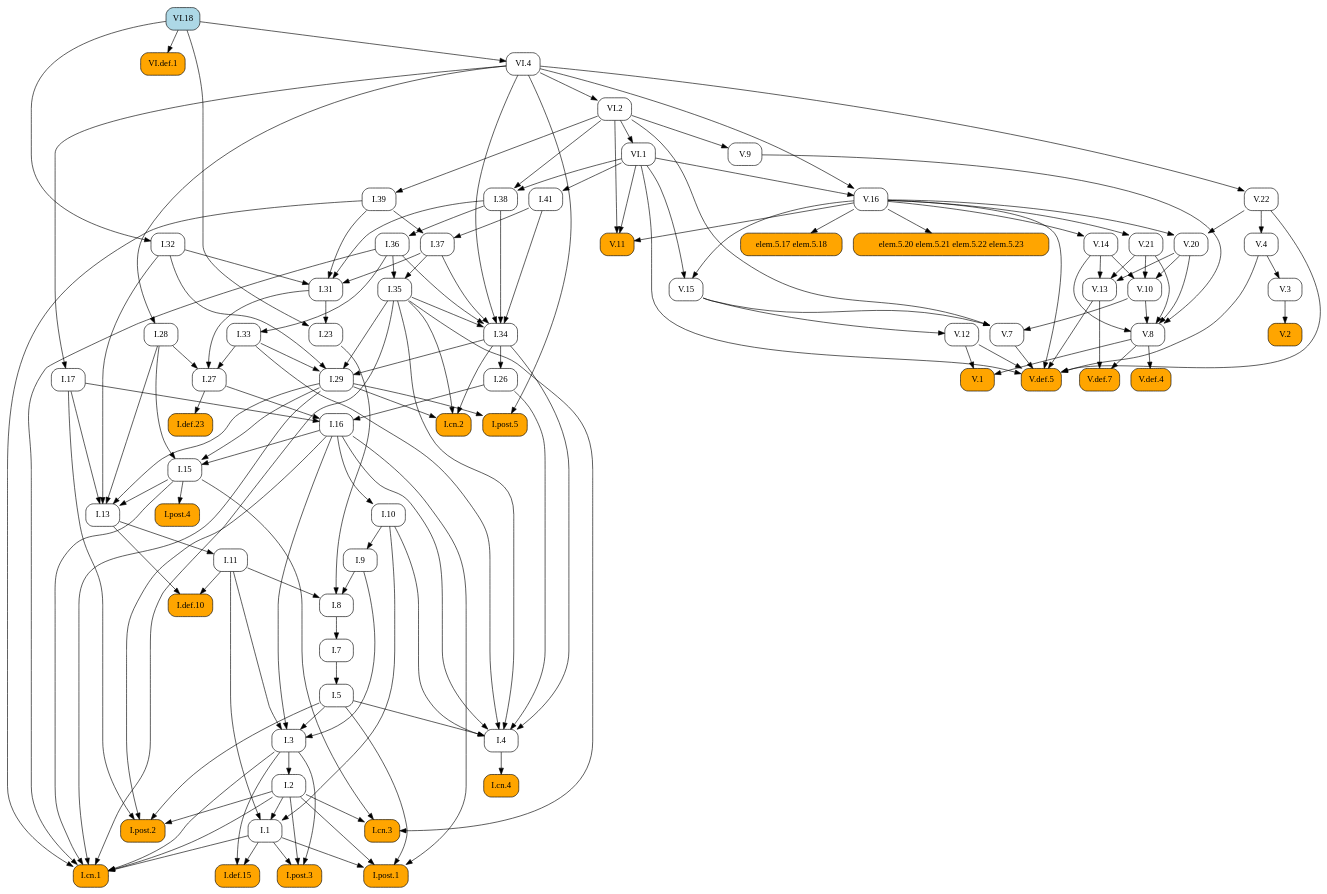
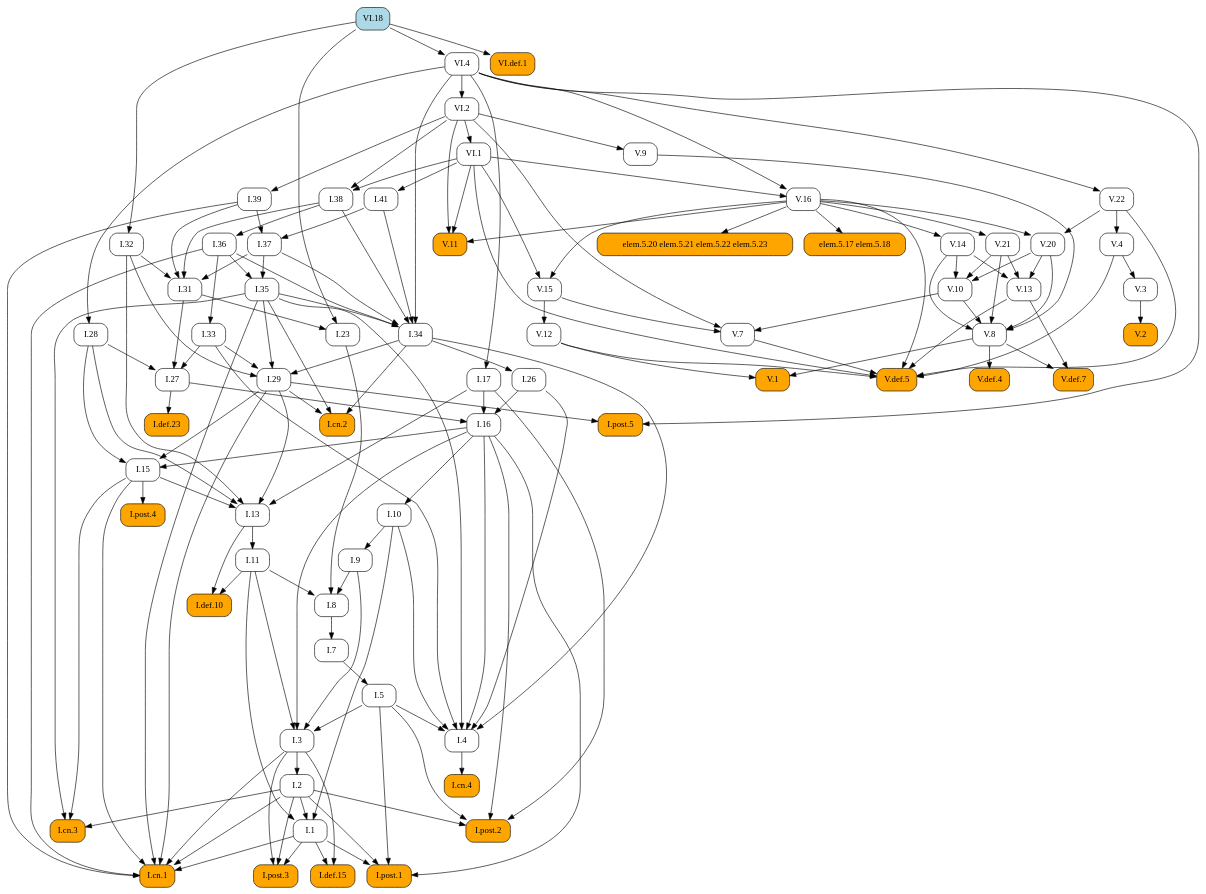
Before and after one commit to geometor/elements: the diagram in docsrc/heath/VI/18/index.rst, drawn with Graphviz. The commit also changed other lines of this file and 484 other files, not shown here.

```diff
--- a/docsrc/heath/VI/18/index.rst
+++ b/docsrc/heath/VI/18/index.rst
@@ -86,82 +86,170 @@
    digraph {
      rankdir="TB";
      node [shape=box, style=rounded];
+     "I.23" [URL="/heath/I/23/", target="_top"];
+     "I.9" [URL="/heath/I/9/", target="_top"];
+     "VI.def.1" [style="rounded,filled", fillcolor=orange, URL="/heath/VI/def.1/", target="_top"];
+     "V.13" [URL="/heath/V/13/", target="_top"];
+     "I.def.15" [style="rounded,filled", fillcolor=orange, URL="/heath/I/def.15/", target="_top"];
+     "V.7" [URL="/heath/V/7/", target="_top"];
+     "elem.5.17 elem.5.18" [style="rounded,filled", fillcolor=orange];
+     "I.post.1" [style="rounded,filled", fillcolor=orange, URL="/heath/I/post.1/", target="_top"];
+     "V.14" [URL="/heath/V/14/", target="_top"];
+     "V.9" [URL="/heath/V/9/", target="_top"];
+     "I.31" [URL="/heath/I/31/", target="_top"];
      "I.def.10" [style="rounded,filled", fillcolor=orange, URL="/heath/I/def.10/", target="_top"];
+     "V.10" [URL="/heath/V/10/", target="_top"];
+     "V.4" [URL="/heath/V/4/", target="_top"];
+     "VI.1" [URL="/heath/VI/1/", target="_top"];
+     "I.39" [URL="/heath/I/39/", target="_top"];
+     "V.11" [style="rounded,filled", fillcolor=orange, URL="/heath/V/11/", target="_top"];
+     "I.34" [URL="/heath/I/34/", target="_top"];
+     "I.3" [URL="/heath/I/3/", target="_top"];
+     "V.def.4" [style="rounded,filled", fillcolor=orange, URL="/heath/V/def.4/", target="_top"];
+     "V.def.7" [style="rounded,filled", fillcolor=orange, URL="/heath/V/def.7/", target="_top"];
+     "V.21" [URL="/heath/V/21/", target="_top"];
+     "I.2" [URL="/heath/I/2/", target="_top"];
+     "V.3" [URL="/heath/V/3/", target="_top"];
+     "I.13" [URL="/heath/I/13/", target="_top"];
+     "I.post.4" [style="rounded,filled", fillcolor=orange, URL="/heath/I/post.4/", target="_top"];
+     "I.4" [URL="/heath/I/4/", target="_top"];
+     "I.1" [URL="/heath/I/1/", target="_top"];
+     "I.17" [URL="/heath/I/17/", target="_top"];
+     "I.8" [URL="/heath/I/8/", target="_top"];
+     "I.29" [URL="/heath/I/29/", target="_top"];
+     "I.38" [URL="/heath/I/38/", target="_top"];
+     "V.8" [URL="/heath/V/8/", target="_top"];
+     "I.15" [URL="/heath/I/15/", target="_top"];
+     "I.10" [URL="/heath/I/10/", target="_top"];
      "I.11" [URL="/heath/I/11/", target="_top"];
-     "I.post.4" [style="rounded,filled", fillcolor=orange, URL="/heath/I/post.4/", target="_top"];
-     "I.28" [URL="/heath/I/28/", target="_top"];
-     "I.1" [URL="/heath/I/1/", target="_top"];
-     "VI.18" [style="rounded,filled", fillcolor=lightblue, URL="/heath/VI/18/", target="_top"];
+     "I.def.23" [style="rounded,filled", fillcolor=orange, URL="/heath/I/def.23/", target="_top"];
+     "VI.4" [URL="/heath/VI/4/", target="_top"];
+     "I.26" [URL="/heath/I/26/", target="_top"];
+     "V.16" [URL="/heath/V/16/", target="_top"];
+     "I.33" [URL="/heath/I/33/", target="_top"];
+     "I.32" [URL="/heath/I/32/", target="_top"];
+     "I.post.3" [style="rounded,filled", fillcolor=orange, URL="/heath/I/post.3/", target="_top"];
      "V.def.5" [style="rounded,filled", fillcolor=orange, URL="/heath/V/def.5/", target="_top"];
-     "V.13" [URL="/heath/V/13/", target="_top"];
-     "V.11" [style="rounded,filled", fillcolor=orange, URL="/heath/V/11/", target="_top"];
-     "I.post.3" [style="rounded,filled", fillcolor=orange, URL="/heath/I/post.3/", target="_top"];
-     "VI.1" [URL="/heath/VI/1/", target="_top"];
-     "I.cn.3" [style="rounded,filled", fillcolor=orange, URL="/heath/I/cn.3/", target="_top"];
-     "V.16" [URL="/heath/V/16/", target="_top"];
-     "VI.4" [URL="/heath/VI/4/", target="_top"];
-     "V.3" [URL="/heath/V/3/", target="_top"];
-     "V.8" [URL="/heath/V/8/", target="_top"];
      "I.27" [URL="/heath/I/27/", target="_top"];
-     "I.36" [URL="/heath/I/36/", target="_top"];
-     "I.41" [URL="/heath/I/41/", target="_top"];
-     "I.37" [URL="/heath/I/37/", target="_top"];
-     "I.34" [URL="/heath/I/34/", target="_top"];
-     "I.2" [URL="/heath/I/2/", target="_top"];
-     "I.def.23" [style="rounded,filled", fillcolor=orange, URL="/heath/I/def.23/", target="_top"];
-     "I.17" [URL="/heath/I/17/", target="_top"];
-     "I.33" [URL="/heath/I/33/", target="_top"];
-     "I.post.2" [style="rounded,filled", fillcolor=orange, URL="/heath/I/post.2/", target="_top"];
-     "VI.def.1" [style="rounded,filled", fillcolor=orange, URL="/heath/VI/def.1/", target="_top"];
-     "elem.5.20 elem.5.21 elem.5.22 elem.5.23" [style="rounded,filled", fillcolor=orange];
-     "I.9" [URL="/heath/I/9/", target="_top"];
-     "I.32" [URL="/heath/I/32/", target="_top"];
-     "I.cn.4" [style="rounded,filled", fillcolor=orange, URL="/heath/I/cn.4/", target="_top"];
-     "V.def.4" [style="rounded,filled", fillcolor=orange, URL="/heath/V/def.4/", target="_top"];
-     "I.15" [URL="/heath/I/15/", target="_top"];
-     "I.38" [URL="/heath/I/38/", target="_top"];
-     "V.def.7" [style="rounded,filled", fillcolor=orange, URL="/heath/V/def.7/", target="_top"];
-     "I.5" [URL="/heath/I/5/", target="_top"];
-     "V.21" [URL="/heath/V/21/", target="_top"];
-     "I.39" [URL="/heath/I/39/", target="_top"];
-     "I.26" [URL="/heath/I/26/", target="_top"];
-     "V.14" [URL="/heath/V/14/", target="_top"];
-     "I.29" [URL="/heath/I/29/", target="_top"];
-     "V.22" [URL="/heath/V/22/", target="_top"];
+     "V.20" [URL="/heath/V/20/", target="_top"];
      "V.12" [URL="/heath/V/12/", target="_top"];
-     "I.cn.2" [style="rounded,filled", fillcolor=orange, URL="/heath/I/cn.2/", target="_top"];
-     "V.20" [URL="/heath/V/20/", target="_top"];
-     "V.10" [URL="/heath/V/10/", target="_top"];
-     "VI.2" [URL="/heath/VI/2/", target="_top"];
-     "I.def.15" [style="rounded,filled", fillcolor=orange, URL="/heath/I/def.15/", target="_top"];
-     "V.15" [URL="/heath/V/15/", target="_top"];
+     "V.2" [style="rounded,filled", fillcolor=orange, URL="/heath/V/2/", target="_top"];
      "I.cn.1" [style="rounded,filled", fillcolor=orange, URL="/heath/I/cn.1/", target="_top"];
-     "V.7" [URL="/heath/V/7/", target="_top"];
-     "V.9" [URL="/heath/V/9/", target="_top"];
-     "I.23" [URL="/heath/I/23/", target="_top"];
-     "I.post.1" [style="rounded,filled", fillcolor=orange, URL="/heath/I/post.1/", target="_top"];
      "I.35" [URL="/heath/I/35/", target="_top"];
      "I.7" [URL="/heath/I/7/", target="_top"];
-     "I.3" [URL="/heath/I/3/", target="_top"];
-     "I.4" [URL="/heath/I/4/", target="_top"];
-     "I.13" [URL="/heath/I/13/", target="_top"];
-     "V.4" [URL="/heath/V/4/", target="_top"];
-     "I.31" [URL="/heath/I/31/", target="_top"];
+     "I.36" [URL="/heath/I/36/", target="_top"];
+     "I.5" [URL="/heath/I/5/", target="_top"];
+     "I.37" [URL="/heath/I/37/", target="_top"];
+     "I.cn.3" [style="rounded,filled", fillcolor=orange, URL="/heath/I/cn.3/", target="_top"];
+     "I.16" [URL="/heath/I/16/", target="_top"];
+     "VI.18" [style="rounded,filled", fillcolor=lightblue, URL="/heath/VI/18/", target="_top"];
+     "V.22" [URL="/heath/V/22/", target="_top"];
      "V.1" [style="rounded,filled", fillcolor=orange, URL="/heath/V/1/", target="_top"];
-     "I.16" [URL="/heath/I/16/", target="_top"];
-     "elem.5.17 elem.5.18" [style="rounded,filled", fillcolor=orange];
-     "I.8" [URL="/heath/I/8/", target="_top"];
-     "V.2" [style="rounded,filled", fillcolor=orange, URL="/heath/V/2/", target="_top"];
+     "I.cn.2" [style="rounded,filled", fillcolor=orange, URL="/heath/I/cn.2/", target="_top"];
      "I.post.5" [style="rounded,filled", fillcolor=orange, URL="/heath/I/post.5/", target="_top"];
-     "I.10" [URL="/heath/I/10/", target="_top"];
+     "I.28" [URL="/heath/I/28/", target="_top"];
+     "VI.2" [URL="/heath/VI/2/", target="_top"];
+     "I.cn.4" [style="rounded,filled", fillcolor=orange, URL="/heath/I/cn.4/", target="_top"];
+     "I.post.2" [style="rounded,filled", fillcolor=orange, URL="/heath/I/post.2/", target="_top"];
+     "V.15" [URL="/heath/V/15/", target="_top"];
+     "I.41" [URL="/heath/I/41/", target="_top"];
+     "elem.5.20 elem.5.21 elem.5.22 elem.5.23" [style="rounded,filled", fillcolor=orange];
+     "I.31" -> "I.23";
+     "VI.18" -> "I.23";
+     "I.10" -> "I.9";
+     "VI.18" -> "VI.def.1";
+     "V.14" -> "V.13";
+     "V.20" -> "V.13";
+     "V.21" -> "V.13";
+     "I.1" -> "I.def.15";
+     "I.3" -> "I.def.15";
+     "V.10" -> "V.7";
+     "V.15" -> "V.7";
+     "VI.2" -> "V.7";
+     "V.16" -> "elem.5.17 elem.5.18";
+     "I.1" -> "I.post.1";
+     "I.2" -> "I.post.1";
+     "I.5" -> "I.post.1";
+     "I.16" -> "I.post.1";
+     "V.16" -> "V.14";
+     "VI.2" -> "V.9";
+     "I.32" -> "I.31";
+     "I.37" -> "I.31";
+     "I.38" -> "I.31";
+     "I.39" -> "I.31";
      "I.11" -> "I.def.10";
      "I.13" -> "I.def.10";
-     "I.13" -> "I.11";
+     "V.14" -> "V.10";
+     "V.20" -> "V.10";
+     "V.21" -> "V.10";
+     "V.22" -> "V.4";
+     "VI.2" -> "VI.1";
+     "VI.2" -> "I.39";
+     "V.16" -> "V.11";
+     "VI.1" -> "V.11";
+     "VI.2" -> "V.11";
+     "I.35" -> "I.34";
+     "I.36" -> "I.34";
+     "I.37" -> "I.34";
+     "I.38" -> "I.34";
+     "I.41" -> "I.34";
+     "VI.4" -> "I.34";
+     "I.5" -> "I.3";
+     "I.9" -> "I.3";
+     "I.11" -> "I.3";
+     "I.16" -> "I.3";
+     "V.8" -> "V.def.4";
+     "V.8" -> "V.def.7";
+     "V.13" -> "V.def.7";
+     "V.16" -> "V.21";
+     "I.3" -> "I.2";
+     "V.4" -> "V.3";
+     "I.15" -> "I.13";
+     "I.17" -> "I.13";
+     "I.28" -> "I.13";
+     "I.29" -> "I.13";
+     "I.32" -> "I.13";
      "I.15" -> "I.post.4";
-     "VI.4" -> "I.28";
+     "I.5" -> "I.4";
+     "I.10" -> "I.4";
+     "I.16" -> "I.4";
+     "I.26" -> "I.4";
+     "I.33" -> "I.4";
+     "I.34" -> "I.4";
+     "I.35" -> "I.4";
      "I.2" -> "I.1";
      "I.10" -> "I.1";
      "I.11" -> "I.1";
+     "VI.4" -> "I.17";
+     "I.9" -> "I.8";
+     "I.11" -> "I.8";
+     "I.23" -> "I.8";
+     "I.32" -> "I.29";
+     "I.33" -> "I.29";
+     "I.34" -> "I.29";
+     "I.35" -> "I.29";
+     "VI.1" -> "I.38";
+     "VI.2" -> "I.38";
+     "V.9" -> "V.8";
+     "V.10" -> "V.8";
+     "V.14" -> "V.8";
+     "V.20" -> "V.8";
+     "V.21" -> "V.8";
+     "I.16" -> "I.15";
+     "I.28" -> "I.15";
+     "I.29" -> "I.15";
+     "I.16" -> "I.10";
+     "I.13" -> "I.11";
+     "I.27" -> "I.def.23";
+     "VI.18" -> "VI.4";
+     "I.34" -> "I.26";
+     "VI.1" -> "V.16";
+     "VI.4" -> "V.16";
+     "I.36" -> "I.33";
+     "VI.18" -> "I.32";
+     "I.1" -> "I.post.3";
+     "I.2" -> "I.post.3";
+     "I.3" -> "I.post.3";
      "V.4" -> "V.def.5";
      "V.7" -> "V.def.5";
      "V.12" -> "V.def.5";
@@ -169,86 +257,13 @@
      "V.16" -> "V.def.5";
      "V.22" -> "V.def.5";
      "VI.1" -> "V.def.5";
-     "V.14" -> "V.13";
-     "V.20" -> "V.13";
-     "V.21" -> "V.13";
-     "V.16" -> "V.11";
-     "VI.1" -> "V.11";
-     "VI.2" -> "V.11";
-     "I.1" -> "I.post.3";
-     "I.2" -> "I.post.3";
-     "I.3" -> "I.post.3";
-     "VI.2" -> "VI.1";
-     "I.2" -> "I.cn.3";
-     "I.15" -> "I.cn.3";
-     "I.35" -> "I.cn.3";
-     "VI.1" -> "V.16";
-     "VI.4" -> "V.16";
-     "VI.18" -> "VI.4";
-     "V.4" -> "V.3";
-     "V.9" -> "V.8";
-     "V.10" -> "V.8";
-     "V.14" -> "V.8";
-     "V.20" -> "V.8";
-     "V.21" -> "V.8";
      "I.28" -> "I.27";
      "I.31" -> "I.27";
      "I.33" -> "I.27";
-     "I.38" -> "I.36";
-     "VI.1" -> "I.41";
-     "I.39" -> "I.37";
-     "I.41" -> "I.37";
-     "I.35" -> "I.34";
-     "I.36" -> "I.34";
-     "I.37" -> "I.34";
-     "I.38" -> "I.34";
-     "I.41" -> "I.34";
-     "VI.4" -> "I.34";
-     "I.3" -> "I.2";
-     "I.27" -> "I.def.23";
-     "VI.4" -> "I.17";
-     "I.36" -> "I.33";
-     "I.2" -> "I.post.2";
-     "I.5" -> "I.post.2";
-     "I.16" -> "I.post.2";
-     "I.17" -> "I.post.2";
-     "VI.18" -> "VI.def.1";
-     "V.16" -> "elem.5.20 elem.5.21 elem.5.22 elem.5.23";
-     "I.10" -> "I.9";
-     "VI.18" -> "I.32";
-     "I.4" -> "I.cn.4";
-     "V.8" -> "V.def.4";
-     "I.16" -> "I.15";
-     "I.28" -> "I.15";
-     "I.29" -> "I.15";
-     "VI.1" -> "I.38";
-     "VI.2" -> "I.38";
-     "V.8" -> "V.def.7";
-     "V.13" -> "V.def.7";
-     "I.7" -> "I.5";
-     "V.16" -> "V.21";
-     "VI.2" -> "I.39";
-     "I.34" -> "I.26";
-     "V.16" -> "V.14";
-     "I.32" -> "I.29";
-     "I.33" -> "I.29";
-     "I.34" -> "I.29";
-     "I.35" -> "I.29";
-     "VI.4" -> "V.22";
-     "V.15" -> "V.12";
-     "I.29" -> "I.cn.2";
-     "I.34" -> "I.cn.2";
-     "I.35" -> "I.cn.2";
      "V.16" -> "V.20";
      "V.22" -> "V.20";
-     "V.14" -> "V.10";
-     "V.20" -> "V.10";
-     "V.21" -> "V.10";
-     "VI.4" -> "VI.2";
-     "I.1" -> "I.def.15";
-     "I.3" -> "I.def.15";
-     "V.16" -> "V.15";
-     "VI.1" -> "V.15";
+     "V.15" -> "V.12";
+     "V.3" -> "V.2";
      "I.1" -> "I.cn.1";
      "I.2" -> "I.cn.1";
      "I.3" -> "I.cn.1";
@@ -257,51 +272,36 @@
      "I.35" -> "I.cn.1";
      "I.36" -> "I.cn.1";
      "I.39" -> "I.cn.1";
-     "V.10" -> "V.7";
-     "V.15" -> "V.7";
-     "VI.2" -> "V.7";
-     "VI.2" -> "V.9";
-     "I.31" -> "I.23";
-     "VI.18" -> "I.23";
-     "I.1" -> "I.post.1";
-     "I.2" -> "I.post.1";
-     "I.5" -> "I.post.1";
-     "I.16" -> "I.post.1";
      "I.36" -> "I.35";
      "I.37" -> "I.35";
      "I.8" -> "I.7";
-     "I.5" -> "I.3";
-     "I.9" -> "I.3";
-     "I.11" -> "I.3";
-     "I.16" -> "I.3";
-     "I.5" -> "I.4";
-     "I.10" -> "I.4";
-     "I.16" -> "I.4";
-     "I.26" -> "I.4";
-     "I.33" -> "I.4";
-     "I.34" -> "I.4";
-     "I.35" -> "I.4";
-     "I.15" -> "I.13";
-     "I.17" -> "I.13";
-     "I.28" -> "I.13";
-     "I.29" -> "I.13";
-     "I.32" -> "I.13";
-     "V.22" -> "V.4";
-     "I.32" -> "I.31";
-     "I.37" -> "I.31";
-     "I.38" -> "I.31";
-     "I.39" -> "I.31";
-     "V.8" -> "V.1";
-     "V.12" -> "V.1";
+     "I.38" -> "I.36";
+     "I.7" -> "I.5";
+     "I.39" -> "I.37";
+     "I.41" -> "I.37";
+     "I.2" -> "I.cn.3";
+     "I.15" -> "I.cn.3";
+     "I.35" -> "I.cn.3";
      "I.17" -> "I.16";
      "I.26" -> "I.16";
      "I.27" -> "I.16";
-     "V.16" -> "elem.5.17 elem.5.18";
-     "I.9" -> "I.8";
-     "I.11" -> "I.8";
-     "I.23" -> "I.8";
-     "V.3" -> "V.2";
+     "VI.4" -> "V.22";
+     "V.8" -> "V.1";
+     "V.12" -> "V.1";
+     "I.29" -> "I.cn.2";
+     "I.34" -> "I.cn.2";
+     "I.35" -> "I.cn.2";
      "I.29" -> "I.post.5";
      "VI.4" -> "I.post.5";
-     "I.16" -> "I.10";
+     "VI.4" -> "I.28";
+     "VI.4" -> "VI.2";
+     "I.4" -> "I.cn.4";
+     "I.2" -> "I.post.2";
+     "I.5" -> "I.post.2";
+     "I.16" -> "I.post.2";
+     "I.17" -> "I.post.2";
+     "V.16" -> "V.15";
+     "VI.1" -> "V.15";
+     "VI.1" -> "I.41";
+     "V.16" -> "elem.5.20 elem.5.21 elem.5.22 elem.5.23";
    }
```
